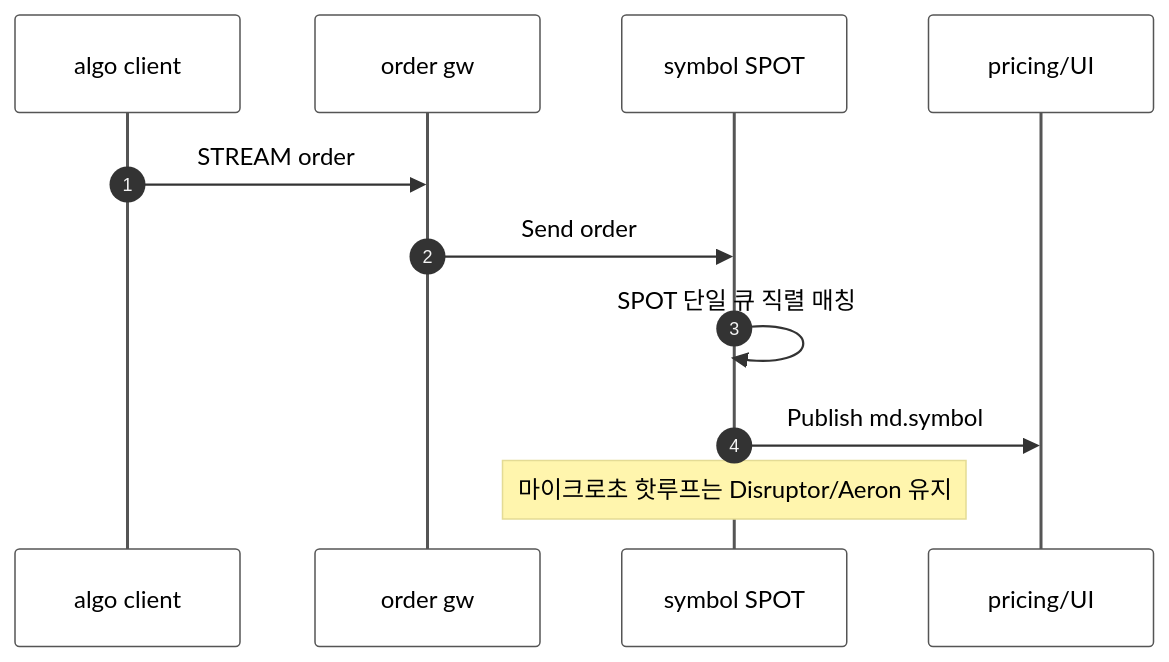
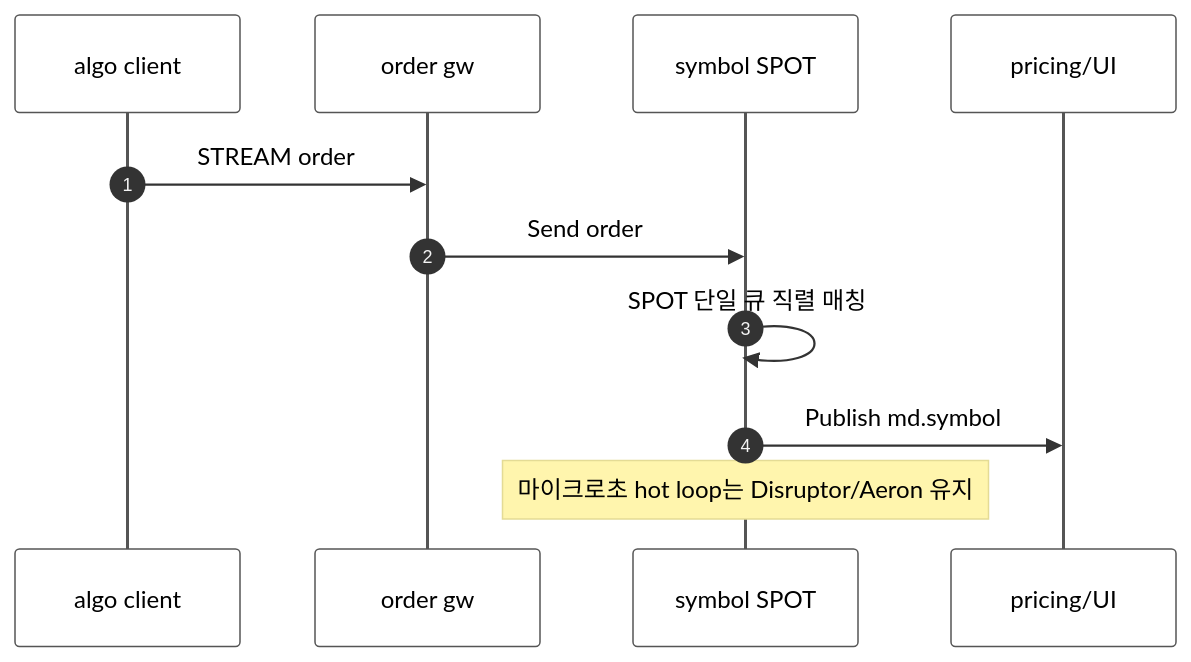
The second of 2 diagrams in framework/doc/framework/dotnet/guide/case-studies/18-case-trading-system.ko.md (kairos-code-dev/zlink), drawn with Mermaid before and after one commit. The commit also changed other lines of this file, not shown here.

First line of the commit message:
docs(framework): dotnet/case-studies/18-trading codex 리뷰 반영 — hot path 음차 + channel API명

````diff
--- a/framework/doc/framework/dotnet/guide/case-studies/18-case-trading-system.ko.md
+++ b/framework/doc/framework/dotnet/guide/case-studies/18-case-trading-system.ko.md
@@ -206,14 +206,14 @@
 ```mermaid
 sequenceDiagram
 %%{init: {'theme': 'base', 'themeVariables': {'signalTextColor': '#000000', 'actorTextColor': '#000000', 'noteTextColor': '#000000', 'actorBkg': '#ffffff', 'actorBorder': '#555555', 'activationBorderColor': '#555555'}}}%%
   autonumber
   participant C as algo client
   participant GW as order gw
   participant SP as symbol SPOT
   participant SUB as pricing/UI
   C->>GW: STREAM order
   GW->>SP: Send order
   SP->>SP: SPOT 단일 큐 직렬 매칭
   SP->>SUB: Publish md.symbol
-  Note over SP: 마이크로초 핫루프는 Disruptor/Aeron 유지
+  Note over SP: 마이크로초 hot loop는 Disruptor/Aeron 유지
 ```
````
